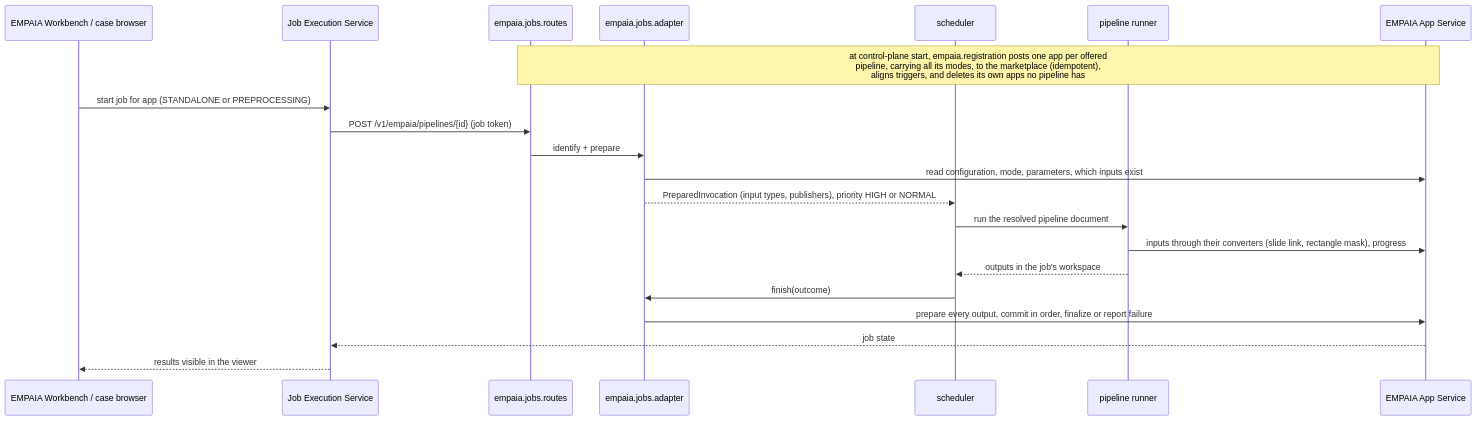
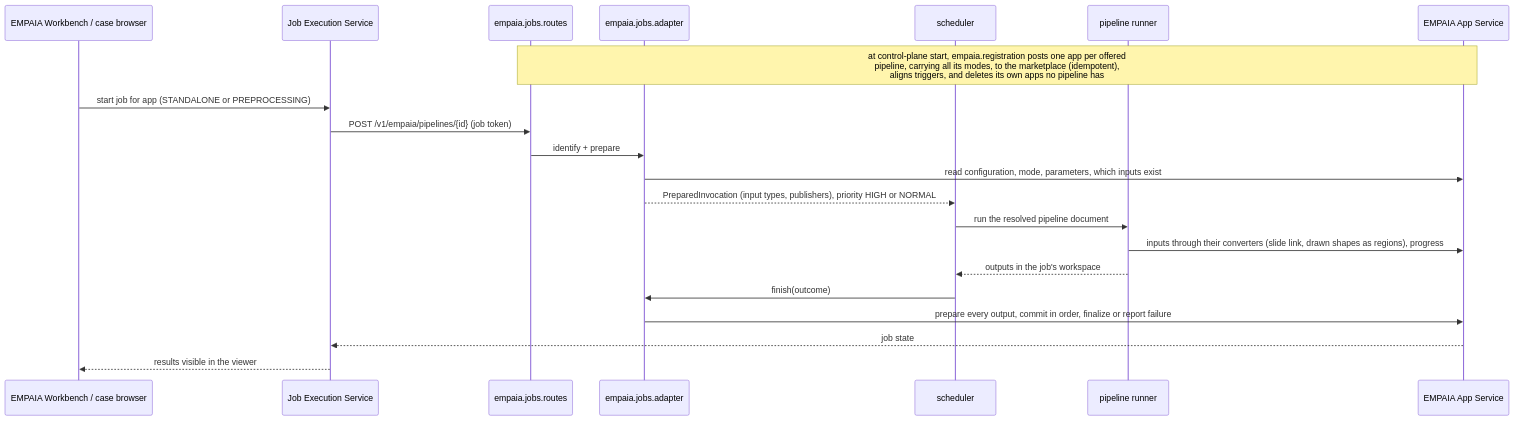
One commit to stefanpeknik/model-service changed the diagram in docs/architecture/empaia.md. Above: the diagram before and after it, drawn with Mermaid. The commit also changed other lines of this file and 6 other files, not shown here.

````diff
--- a/docs/architecture/empaia.md
+++ b/docs/architecture/empaia.md
@@ -10,24 +10,24 @@
 ```mermaid
 sequenceDiagram
   participant WD as EMPAIA Workbench / case browser
   participant JES as Job Execution Service
   participant R as empaia.jobs.routes
   participant A as empaia.jobs.adapter
   participant S as scheduler
   participant N as pipeline runner
   participant AS as EMPAIA App Service
 
   Note over R,AS: at control-plane start, empaia.registration posts one app per offered<br/>pipeline, carrying all its modes, to the marketplace (idempotent),<br/>aligns triggers, and deletes its own apps no pipeline has
   WD->>JES: start job for app (STANDALONE or PREPROCESSING)
   JES->>R: POST /v1/empaia/pipelines/{id} (job token)
   R->>A: identify + prepare
   A->>AS: read configuration, mode, parameters, which inputs exist
   A-->>S: PreparedInvocation (input types, publishers), priority HIGH or NORMAL
   S->>N: run the resolved pipeline document
-  N->>AS: inputs through their converters (slide link, rectangle mask), progress
+  N->>AS: inputs through their converters (slide link, drawn shapes as regions), progress
   N-->>S: outputs in the job's workspace
   S->>A: finish(outcome)
   A->>AS: prepare every output, commit in order, finalize or report failure
   AS-->>JES: job state
   JES-->>WD: results visible in the viewer
 ```
````
